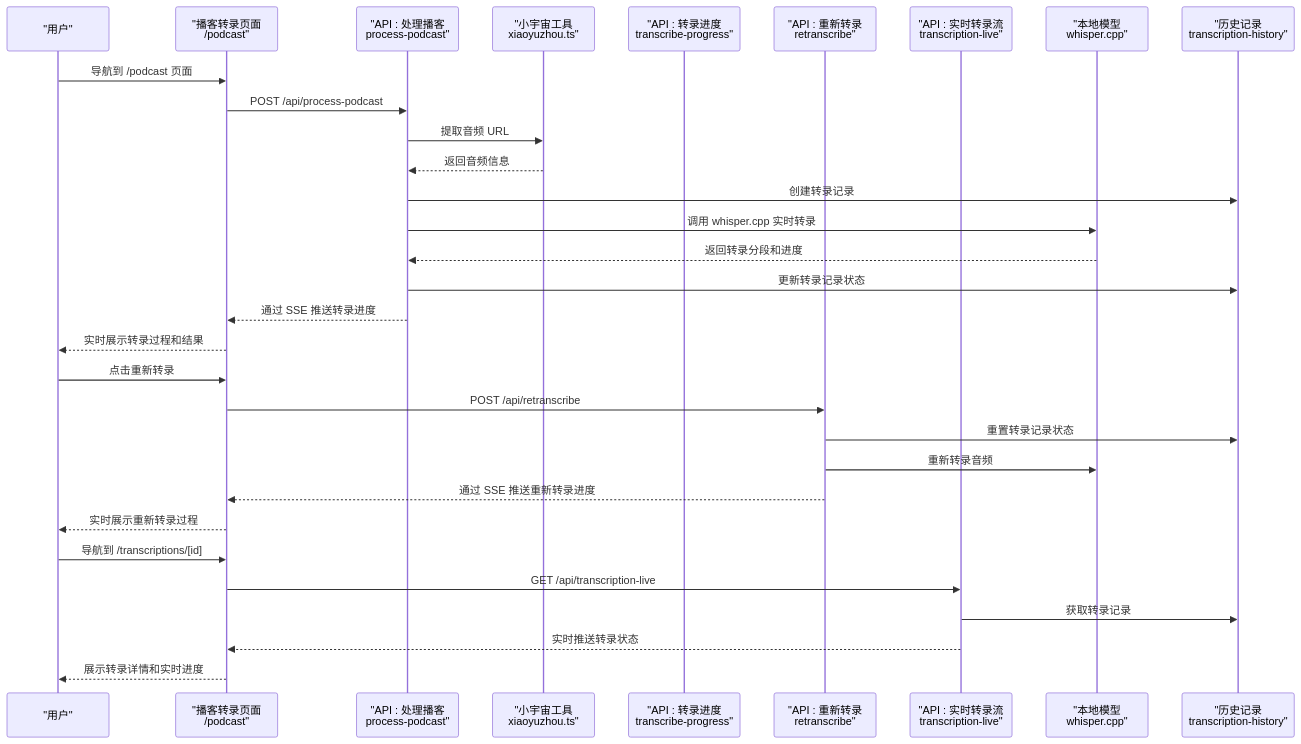
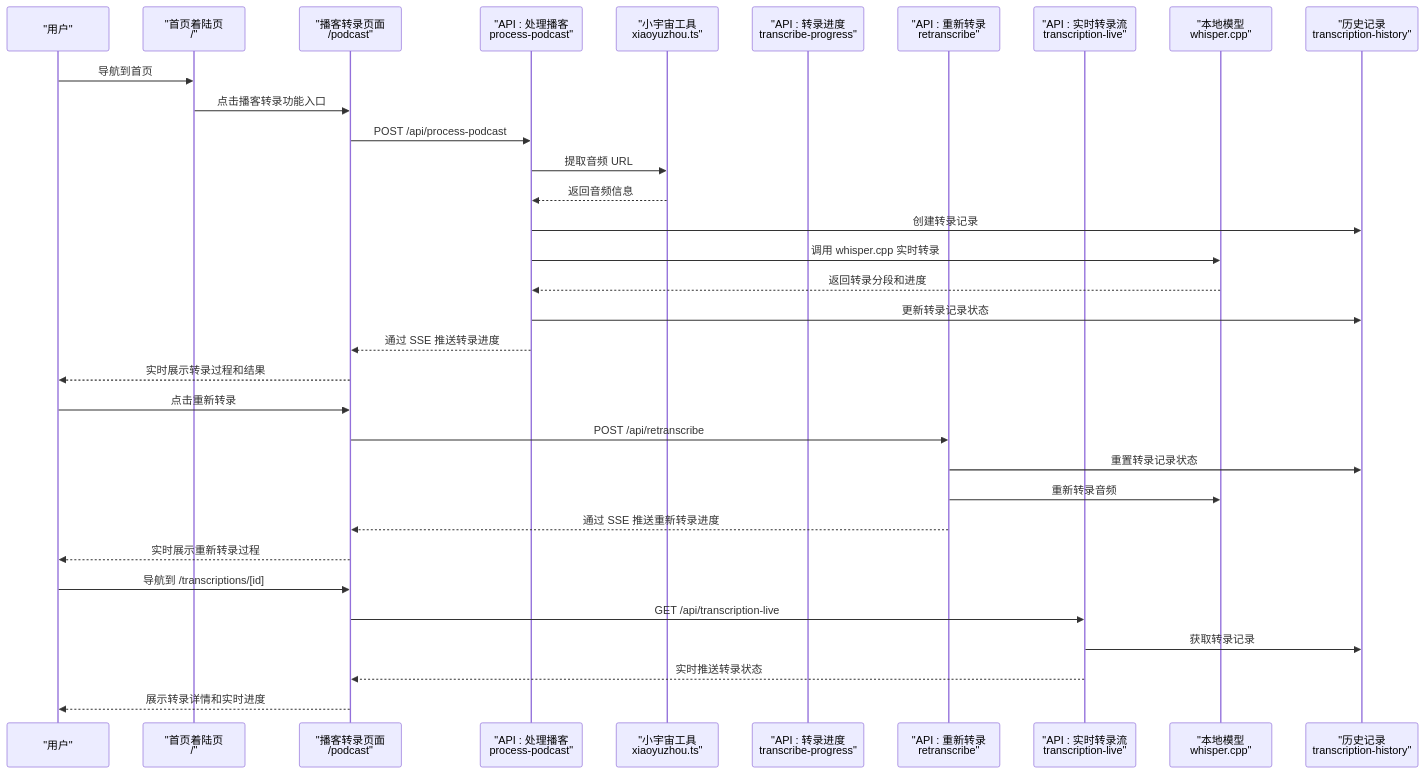
Before and after one commit to clawbotai/memo-flow: the second of 18 diagrams in .qoder/repowiki/zh/content/核心功能模块/播客转录功能.md, drawn with Mermaid. The commit also changed other lines of this file and 14 other files, not shown here.

````diff
--- a/.qoder/repowiki/zh/content/核心功能模块/播客转录功能.md
+++ b/.qoder/repowiki/zh/content/核心功能模块/播客转录功能.md
@@ -173,33 +177,35 @@
 ```mermaid
 sequenceDiagram
 participant U as "用户"
+participant H as "首页着陆页<br/>/"
 participant F as "播客转录页面<br/>/podcast"
 participant A1 as "API : 处理播客<br/>process-podcast"
 participant L1 as "小宇宙工具<br/>xiaoyuzhou.ts"
 participant A2 as "API : 转录进度<br/>transcribe-progress"
 participant A3 as "API : 重新转录<br/>retranscribe"
 participant A4 as "API : 实时转录流<br/>transcription-live"
 participant W as "本地模型<br/>whisper.cpp"
-participant H as "历史记录<br/>transcription-history"
-U->>F : 导航到 /podcast 页面
+participant H2 as "历史记录<br/>transcription-history"
+U->>H : 导航到首页
+H->>F : 点击播客转录功能入口
 F->>A1 : POST /api/process-podcast
 A1->>L1 : 提取音频 URL
 L1-->>A1 : 返回音频信息
-A1->>H : 创建转录记录
+A1->>H2 : 创建转录记录
 A1->>W : 调用 whisper.cpp 实时转录
 W-->>A1 : 返回转录分段和进度
-A1->>H : 更新转录记录状态
+A1->>H2 : 更新转录记录状态
 A1-->>F : 通过 SSE 推送转录进度
 F-->>U : 实时展示转录过程和结果
 U->>F : 点击重新转录
 F->>A3 : POST /api/retranscribe
-A3->>H : 重置转录记录状态
+A3->>H2 : 重置转录记录状态
 A3->>W : 重新转录音频
 A3-->>F : 通过 SSE 推送重新转录进度
 F-->>U : 实时展示重新转录过程
 U->>F : 导航到 /transcriptions/[id]
 F->>A4 : GET /api/transcription-live
-A4->>H : 获取转录记录
+A4->>H2 : 获取转录记录
 A4-->>F : 实时推送转录状态
 F-->>U : 展示转录详情和实时进度
 ```
````
